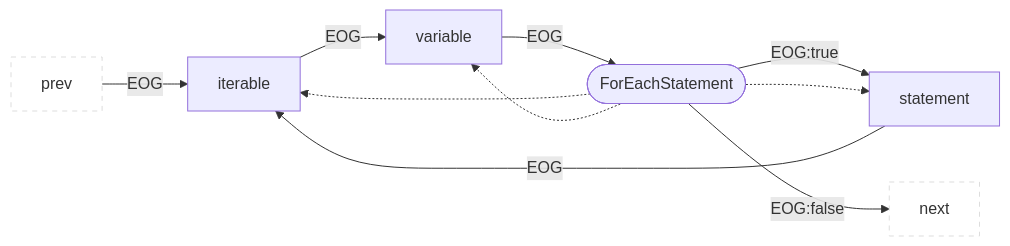
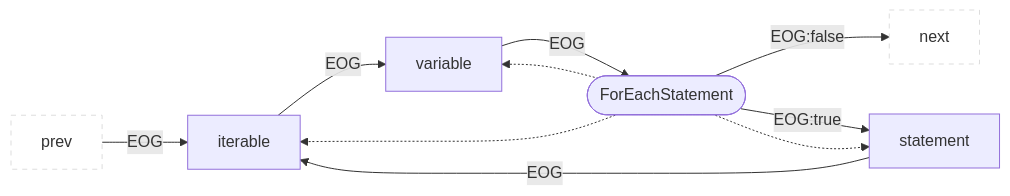
One commit to Fraunhofer-AISEC/cpg changed diagram 32 of 36 in cpg-core/specifications/eog.md. Above: the diagram before and after it, drawn with Mermaid. The commit also changed other lines of this file, not shown here.

````diff
--- a/cpg-core/specifications/eog.md
+++ b/cpg-core/specifications/eog.md
@@ -523,14 +614,13 @@
 ```mermaid
 flowchart LR
   classDef outer fill:#fff,stroke:#ddd,stroke-dasharray:5 5;
   prev:::outer --EOG--> child1["iterable"]
   child1 --EOG--> child2["variable"]
   child2 --EOG--> parent
+  parent --EOG:false--> next:::outer
   parent(["ForEachStatement"]) --EOG:true--> child3["statement"]
-  parent --EOG:false--> next:::outer
   child3 --EOG--> child1
+  parent -.-> child2
   parent -.-> child1
-  parent -.-> child2
   parent -.-> child3
-
 ```
````
